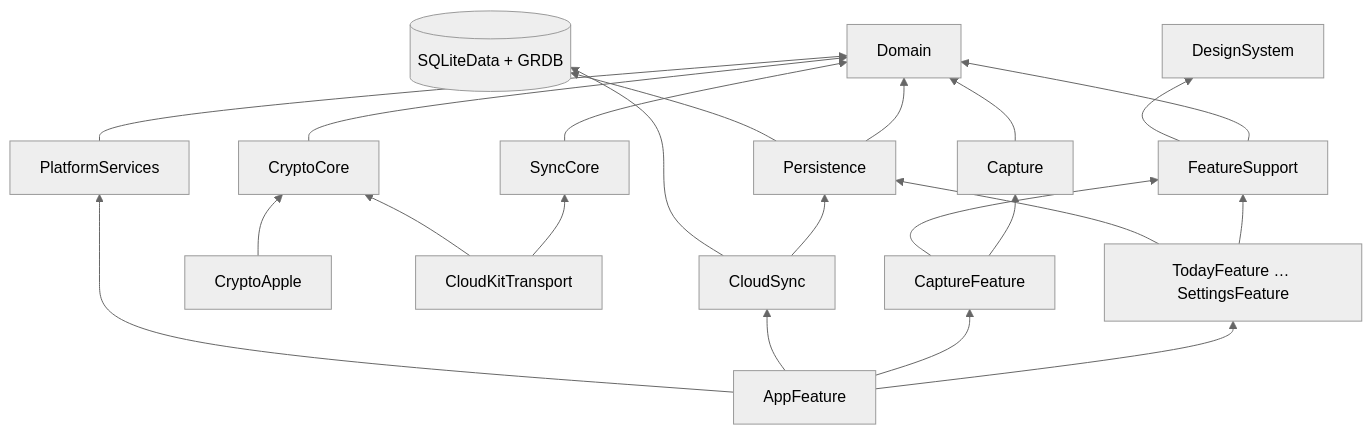
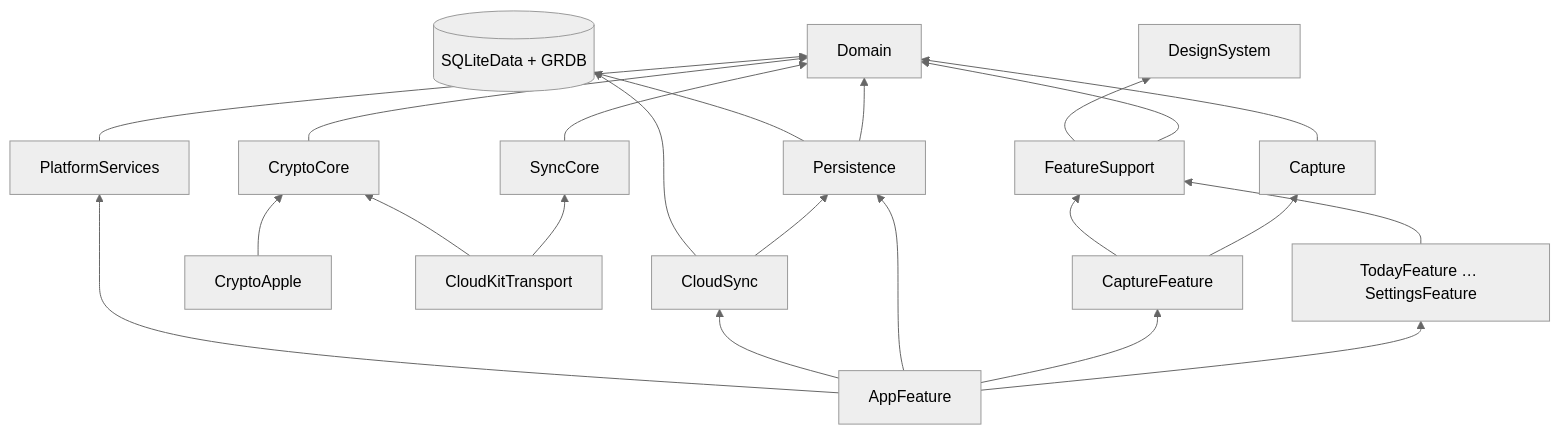
The diagram in docs/architecture/module-structure.md (duong6003/Life-OS), drawn with Mermaid (neutral theme) before and after one commit. The commit also changed other lines of this file and 72 other files, not shown here.

Commit message:
docs: add sourced architecture guidance and tool-neutral AGENTS.md (ADR-0017)

````diff
--- a/docs/architecture/module-structure.md
+++ b/docs/architecture/module-structure.md
@@ -77,26 +85,26 @@
 ```mermaid
 flowchart BT
   Domain
   Capture --> Domain
   SyncCore --> Domain
   CryptoCore --> Domain
   Persistence --> Domain
   Persistence --> SQLiteData[(SQLiteData + GRDB)]
   CloudSync --> Persistence
   CloudSync --> SQLiteData
   CryptoApple --> CryptoCore
   CloudKitTransport --> SyncCore
   CloudKitTransport --> CryptoCore
   PlatformServices --> Domain
   DesignSystem
   FeatureSupport --> Domain
   FeatureSupport --> DesignSystem
   XFeature["TodayFeature … SettingsFeature"] --> FeatureSupport
-  XFeature --> Persistence
   CaptureFeature --> Capture
   CaptureFeature --> FeatureSupport
   AppFeature --> XFeature
   AppFeature --> CaptureFeature
+  AppFeature --> Persistence
   AppFeature --> CloudSync
   AppFeature --> PlatformServices
 ```
````
